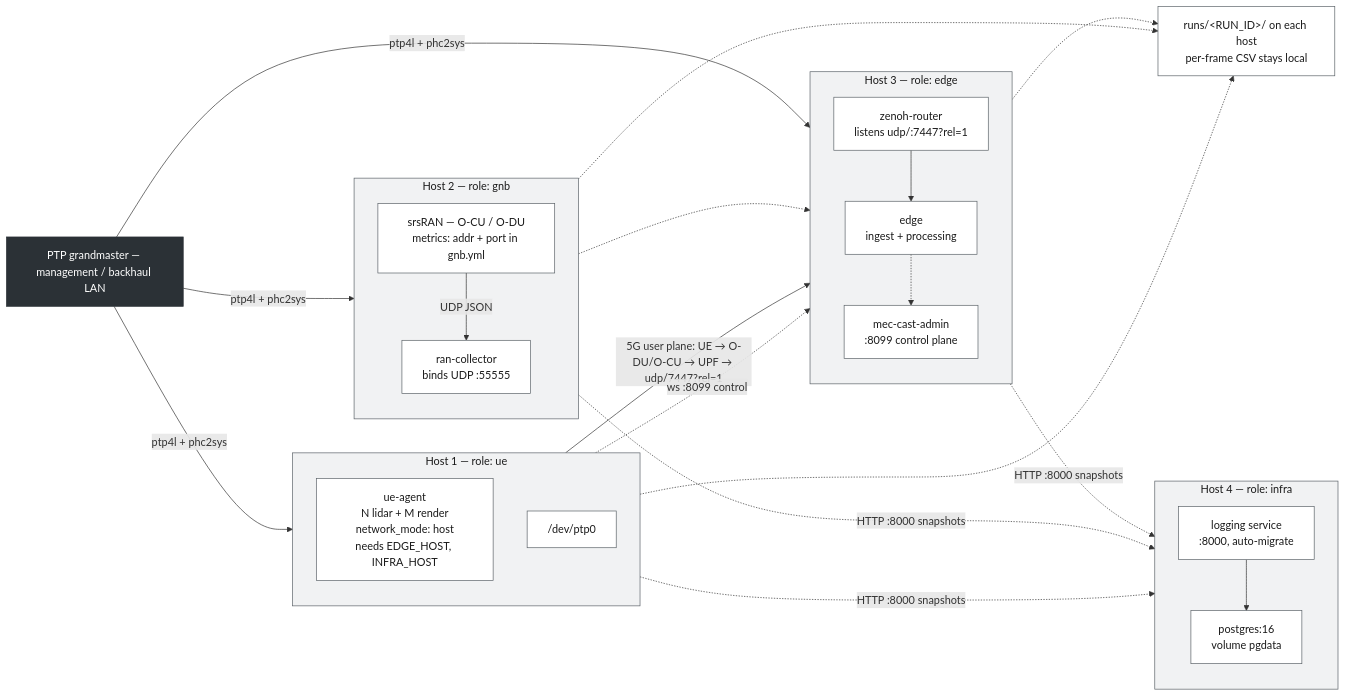
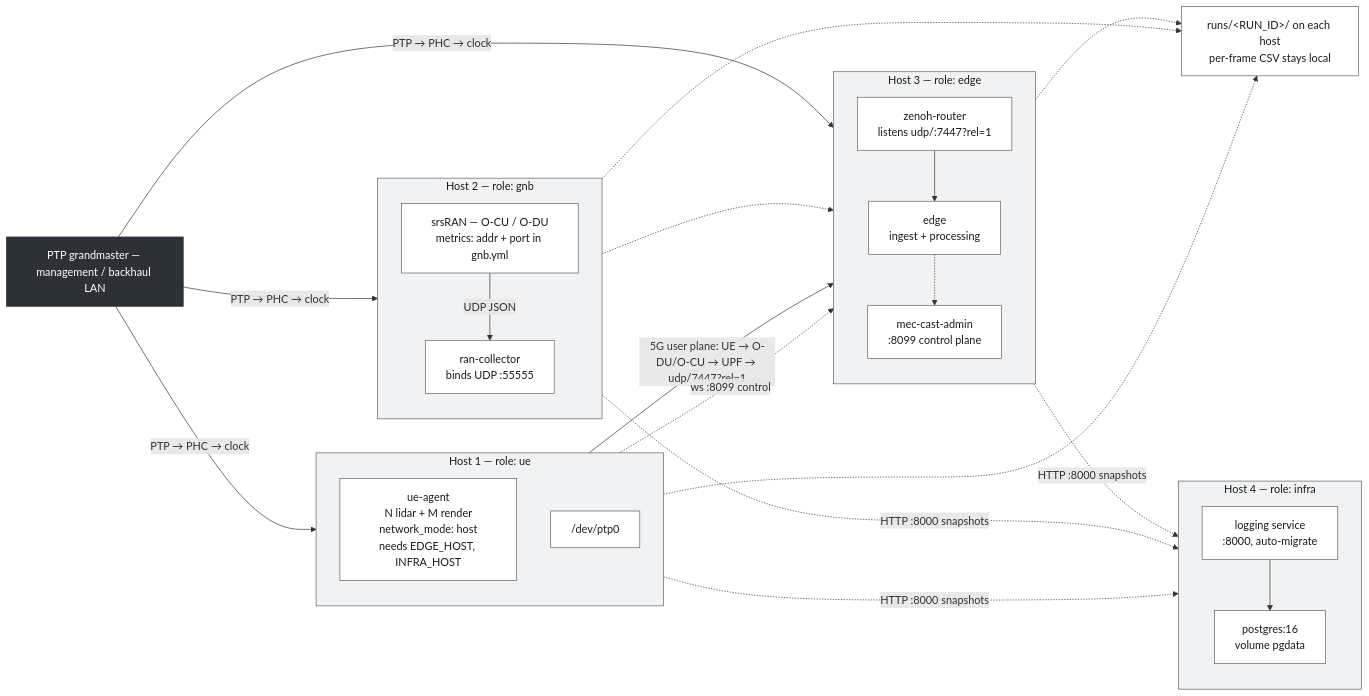
Before and after one commit to morosev/mec-cast: the second of 3 diagrams in docs/diagrams/README.md, drawn with Mermaid. The commit also changed other lines of this file and 9 other files, not shown here.

````diff
--- a/docs/diagrams/README.md
+++ b/docs/diagrams/README.md
@@ -142,57 +142,57 @@
 ```mermaid
 flowchart LR
   classDef host fill:#F1F2F3,stroke:#5A6167,stroke-width:1px,color:#1A1A1A
   classDef svc fill:#FFFFFF,stroke:#5A6167,stroke-width:1px,color:#1A1A1A
   classDef sync fill:#2B3136,stroke:#2B3136,color:#FFFFFF
 
   subgraph UEH["Host 1 — role: ue"]
     direction TB
     LC["ue-agent<br/>N lidar + M render<br/>network_mode: host<br/>needs EDGE_HOST, INFRA_HOST"]
     PTPU["/dev/ptp0"]
   end
 
   subgraph GNBH["Host 2 — role: gnb"]
     direction TB
     SRS["srsRAN — O-CU / O-DU<br/>metrics: addr + port in gnb.yml"]
     RC["ran-collector<br/>binds UDP :55555"]
     SRS -->|"UDP JSON"| RC
   end
 
   subgraph EDGEH["Host 3 — role: edge"]
     direction TB
     ZR["zenoh-router<br/>listens udp/:7447?rel=1"]
     ED["edge<br/>ingest + processing"]
     ADM["mec-cast-admin<br/>:8099 control plane"]
     ZR --> ED
   end
 
   subgraph INFRAH["Host 4 — role: infra"]
     direction TB
     LOGS["logging service<br/>:8000, auto-migrate"]
     PG["postgres:16<br/>volume pgdata"]
     LOGS --> PG
   end
 
   LC -->|"5G user plane: UE → O-DU/O-CU → UPF → udp/7447?rel=1"| ZR
   LC -.->|"HTTP :8000 snapshots"| LOGS
   ED -.->|"HTTP :8000 snapshots"| LOGS
   RC -.->|"HTTP :8000 snapshots"| LOGS
 
   LC -.->|"ws :8099 control"| ADM
   ED -.-> ADM
   RC -.-> ADM
 
   GM["PTP grandmaster — management / backhaul LAN"]
-  GM -->|"ptp4l + phc2sys"| UEH
-  GM -->|"ptp4l + phc2sys"| GNBH
-  GM -->|"ptp4l + phc2sys"| EDGEH
+  GM -->|"PTP → PHC → clock"| UEH
+  GM -->|"PTP → PHC → clock"| GNBH
+  GM -->|"PTP → PHC → clock"| EDGEH
 
   RUNS["runs/&lt;RUN_ID&gt;/ on each host<br/>per-frame CSV stays local"]
   LC -.-> RUNS
   ED -.-> RUNS
   RC -.-> RUNS
 
   class UEH,GNBH,EDGEH,INFRAH host
   class LC,SRS,RC,ZR,ED,ADM,LOGS,PG,PTPU,RUNS svc
   class GM sync
 ```
````
